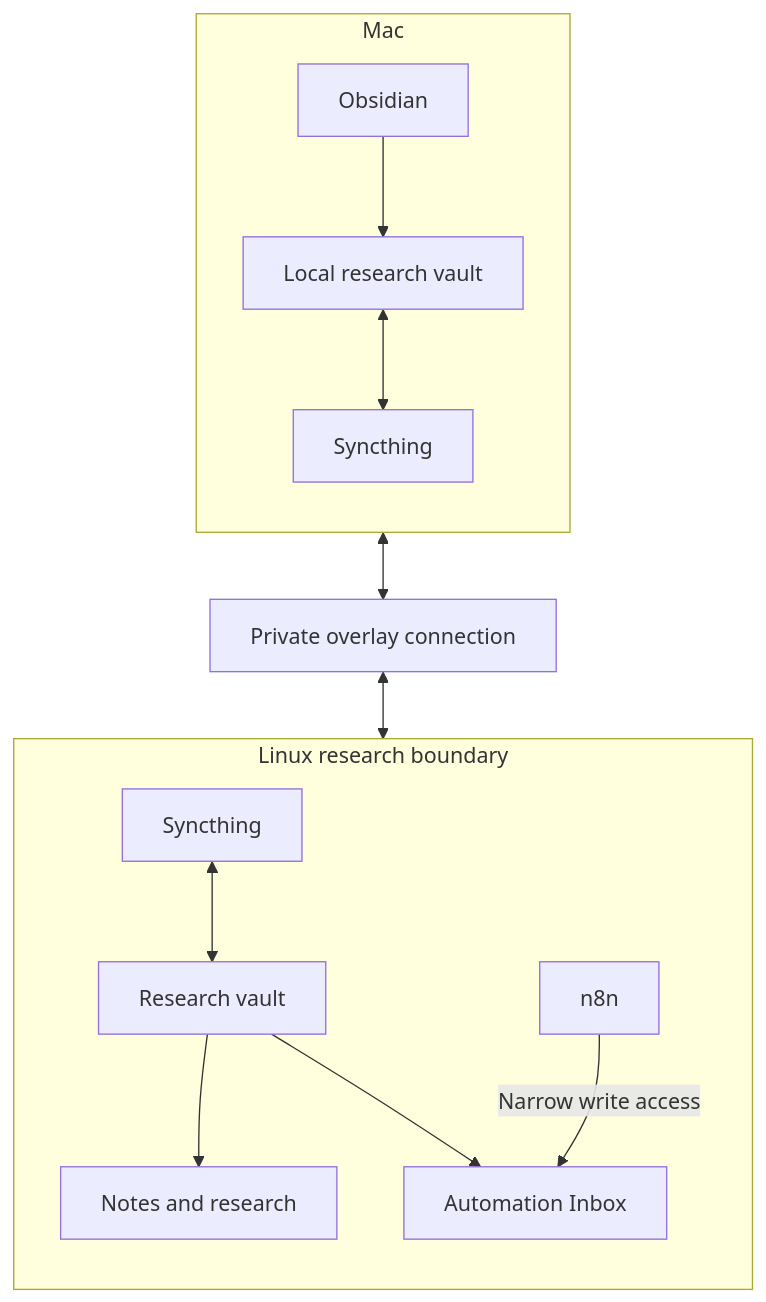
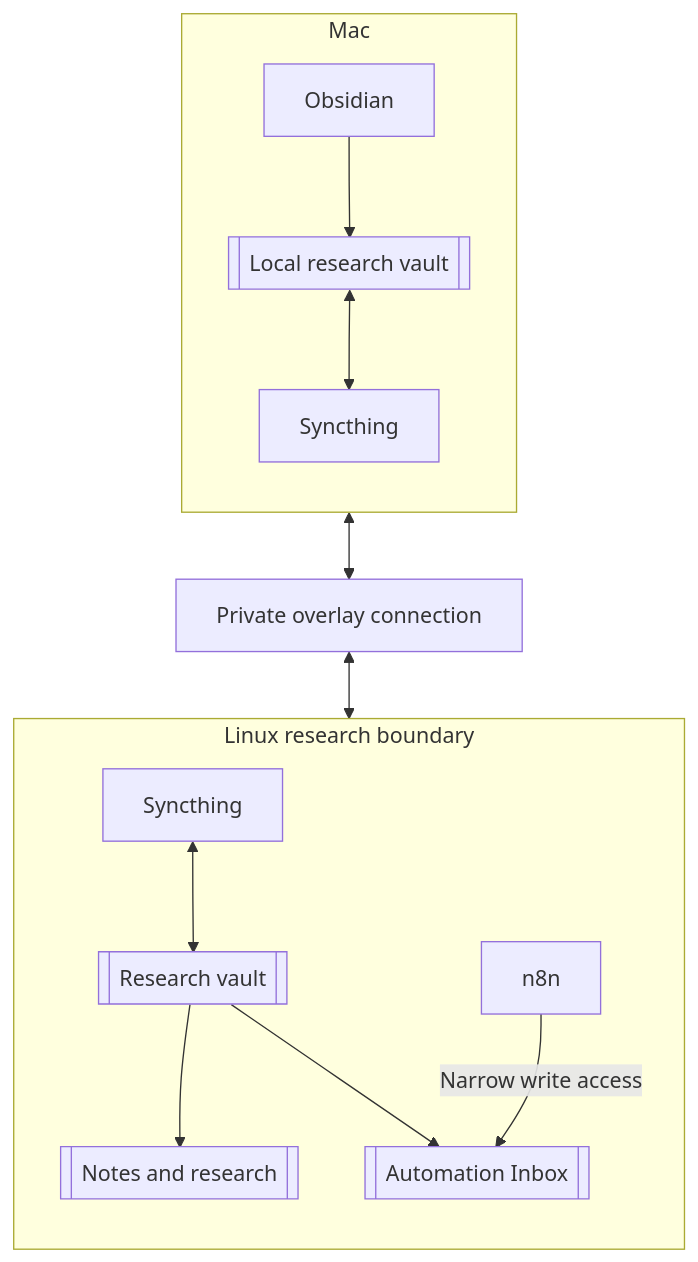
Before and after one commit to jnanic/jnanic.github.io: the third of 3 diagrams in site/content/blog/building-my-homelab-part3.md, drawn with Mermaid. The commit also changed other lines of this file and 3 other files, not shown here.

Commit message:
updated mermaind diagrams on rest of the blogs.

````diff
--- a/site/content/blog/building-my-homelab-part3.md
+++ b/site/content/blog/building-my-homelab-part3.md
@@ -226,34 +235,38 @@
 ```mermaid size=standard caption="Private research synchronization boundary"
 flowchart TB
     accTitle: Private research synchronization boundary
     accDescr: Obsidian writes to a local Mac research vault synchronized over a private overlay connection to a Linux vault, while n8n has narrow write access only to the automation inbox.
 
     subgraph mac["Mac"]
         direction TB
         OBSIDIAN["Obsidian"]
-        LOCALVAULT["Local research vault"]
+        LOCALVAULT[["Local research vault"]]
         MACSYNC["Syncthing"]
 
         OBSIDIAN --> LOCALVAULT
         LOCALVAULT <--> MACSYNC
     end
 
     OVERLAY["Private overlay connection"]
 
     subgraph linux["Linux research boundary"]
         direction TB
         LINUXSYNC["Syncthing"]
-        SHAREDVAULT["Research vault"]
-        NOTES["Notes and research"]
-        INBOX["Automation Inbox"]
+        SHAREDVAULT[["Research vault"]]
+        NOTES[["Notes and research"]]
+        INBOX[["Automation Inbox"]]
         N8N["n8n"]
 
         LINUXSYNC <--> SHAREDVAULT
         SHAREDVAULT --> NOTES
         SHAREDVAULT --> INBOX
         N8N -->|"Narrow write access"| INBOX
     end
 
     MACSYNC <--> OVERLAY
     OVERLAY <--> LINUXSYNC
+
+    class OBSIDIAN,MACSYNC,LINUXSYNC,N8N process;
+    class LOCALVAULT,SHAREDVAULT,NOTES,INBOX evidence;
+    class OVERLAY approved;
 ```
````
